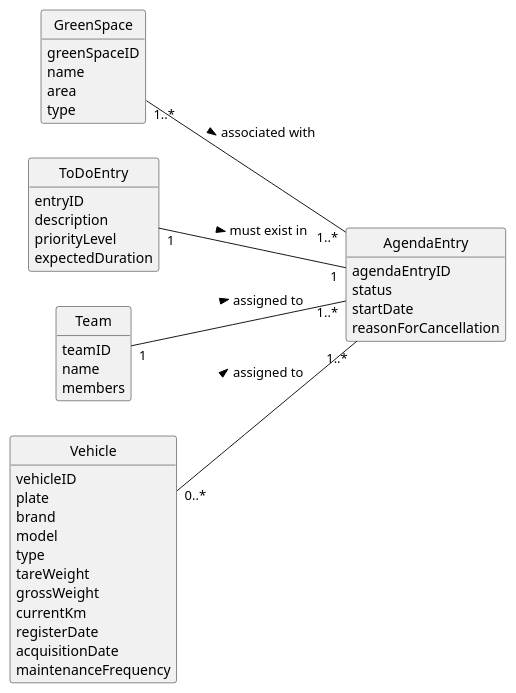
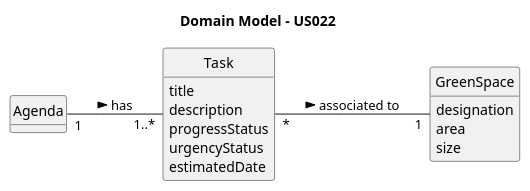
Before and after one commit to ricardomm7/leaflink: the diagram in docs/sprintC/us022/02.analysis/puml/us022-domain-model.puml, drawn with PlantUML. The commit also changed 2 other files, not shown here.

```diff
--- a/docs/sprintC/us022/02.analysis/puml/us022-domain-model.puml
+++ b/docs/sprintC/us022/02.analysis/puml/us022-domain-model.puml
@@ -1,60 +1,37 @@
 @startuml
 skinparam monochrome true
 skinparam packageStyle rectangle
 skinparam shadowing false
 
-skinparam classAttributeIconSize 0
+title Domain Model - US022
+
 left to right direction
 
+skinparam classAttributeIconSize 0
 hide circle
 hide methods
 
+class Agenda {
 
-class GreenSpace {
-    greenSpaceID
-    name
-    area
-    type
 }
 
-class ToDoEntry {
-    entryID
+class Task {
+    title
     description
-    priorityLevel
-    expectedDuration
+    progressStatus
+    urgencyStatus
+    estimatedDate
 }
 
-class AgendaEntry {
-    agendaEntryID
-    status
-    startDate
-    reasonForCancellation
+class GreenSpace{
+    designation
+    area
+    size
 }
 
-class Team {
-    teamID
-    name
-    members
-}
 
-class Vehicle {
-    vehicleID
-    plate
-    brand
-    model
-    type
-    tareWeight
-    grossWeight
-    currentKm
-    registerDate
-    acquisitionDate
-    maintenanceFrequency
-}
+Agenda "1" -- "1..*" Task : has >
 
-GreenSpace "1..*" -- "1..*" AgendaEntry : associated with >
-ToDoEntry "1" -- "1" AgendaEntry : must exist in >
-
-Team "1" -- "1..*" AgendaEntry : assigned to >
-Vehicle "0..*" -- "1..*" AgendaEntry : assigned to >
+Task "*" -- "1" GreenSpace: associated to >
 
 @enduml
```
